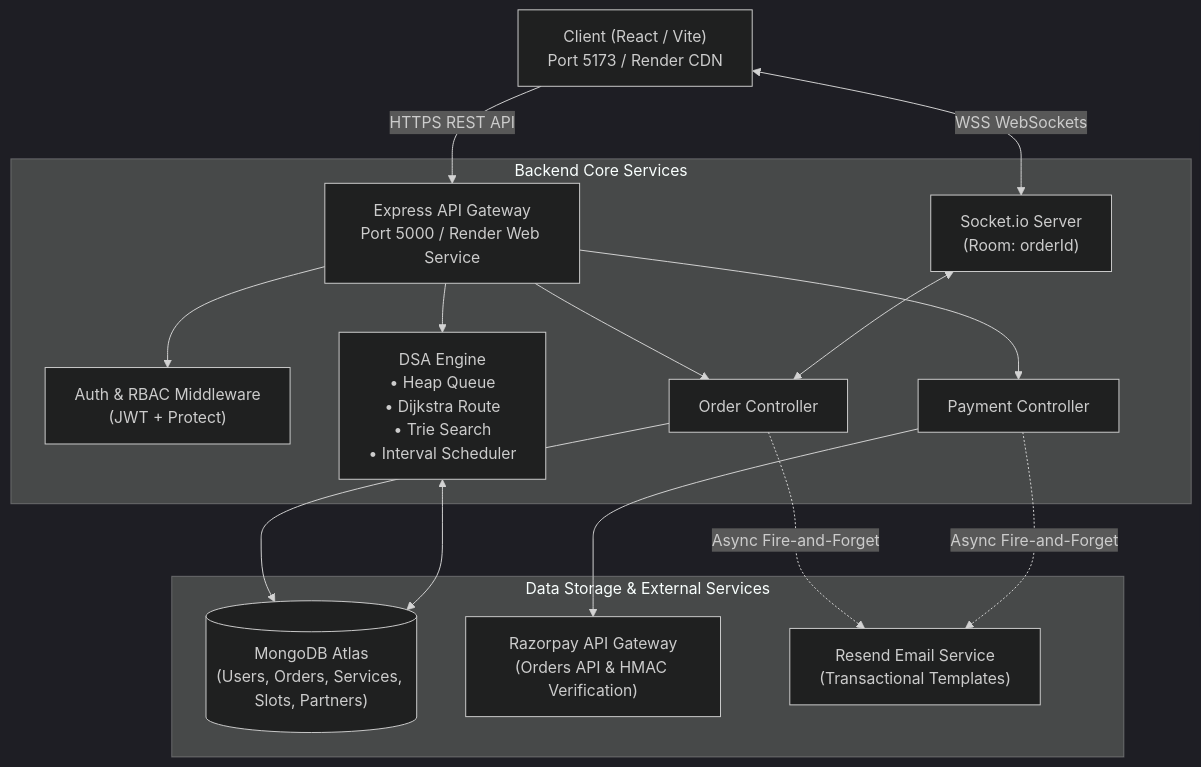
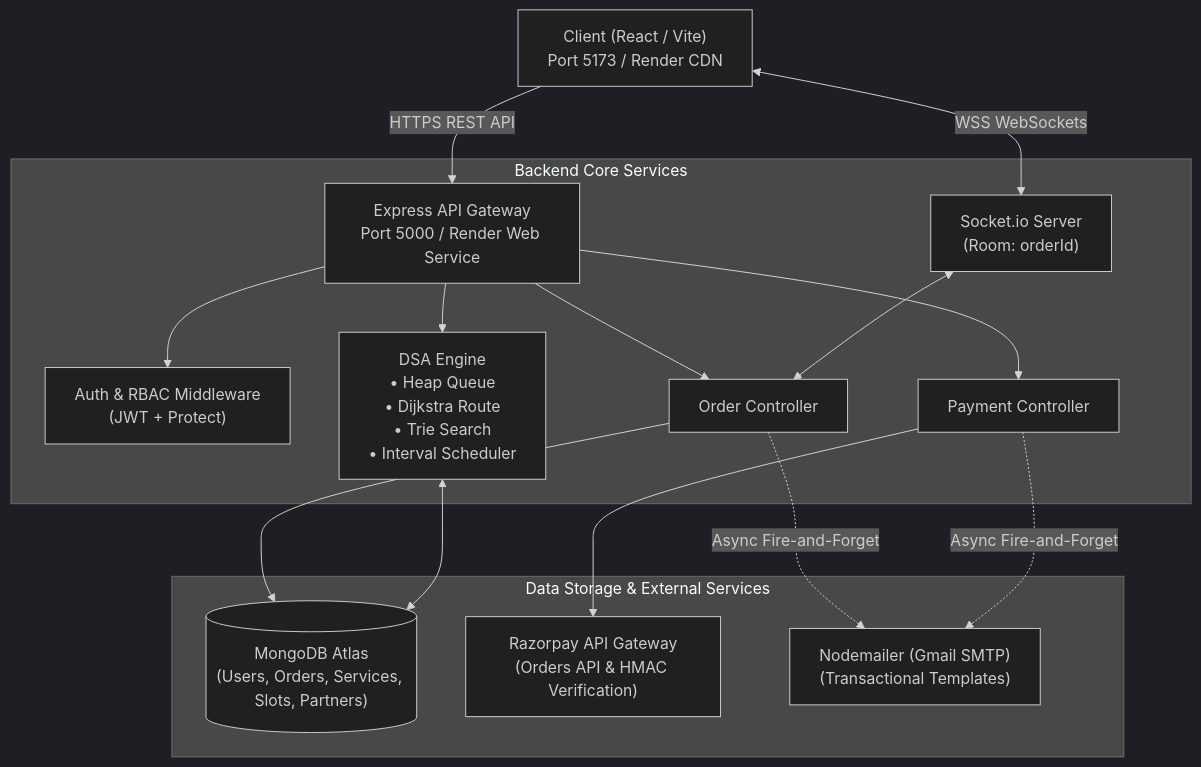
Before and after one commit to imaniketrajput/laundryconnect: the first of 2 diagrams in ARCHITECTURE.md, drawn with Mermaid (dark theme). The commit also changed other lines of this file and 5 other files, not shown here.

````diff
--- a/ARCHITECTURE.md
+++ b/ARCHITECTURE.md
@@ -41,21 +41,21 @@
 ```mermaid
 graph TD
     Client["Client (React / Vite)<br/>Port 5173 / Render CDN"] -->|HTTPS REST API| API["Express API Gateway<br/>Port 5000 / Render Web Service"]
     Client <-->|WSS WebSockets| Sockets["Socket.io Server<br/>(Room: orderId)"]
 
     subgraph "Backend Core Services"
         API --> Auth["Auth & RBAC Middleware<br/>(JWT + Protect)"]
         API --> Orders["Order Controller"]
         API --> Payments["Payment Controller"]
         API --> DSA["DSA Engine<br/>• Heap Queue<br/>• Dijkstra Route<br/>• Trie Search<br/>• Interval Scheduler"]
         Sockets <--> Orders
     end
 
     subgraph "Data Storage & External Services"
         Orders --> Mongo[("MongoDB Atlas<br/>(Users, Orders, Services, Slots, Partners)")]
         DSA <--> Mongo
         Payments --> Razorpay["Razorpay API Gateway<br/>(Orders API & HMAC Verification)"]
-        Orders -.->|Async Fire-and-Forget| Resend["Resend Email Service<br/>(Transactional Templates)"]
-        Payments -.->|Async Fire-and-Forget| Resend
+        Orders -.->|Async Fire-and-Forget| Nodemailer["Nodemailer (Gmail SMTP)<br/>(Transactional Templates)"]
+        Payments -.->|Async Fire-and-Forget| Nodemailer
     end
 ```
````
